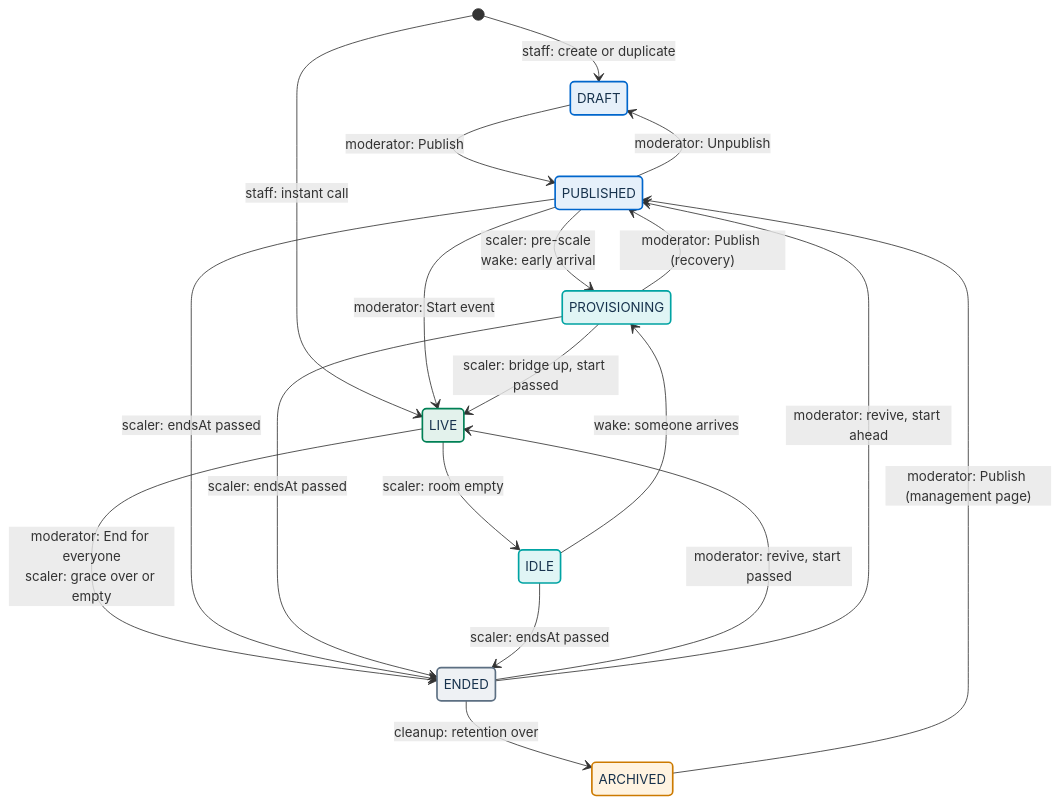
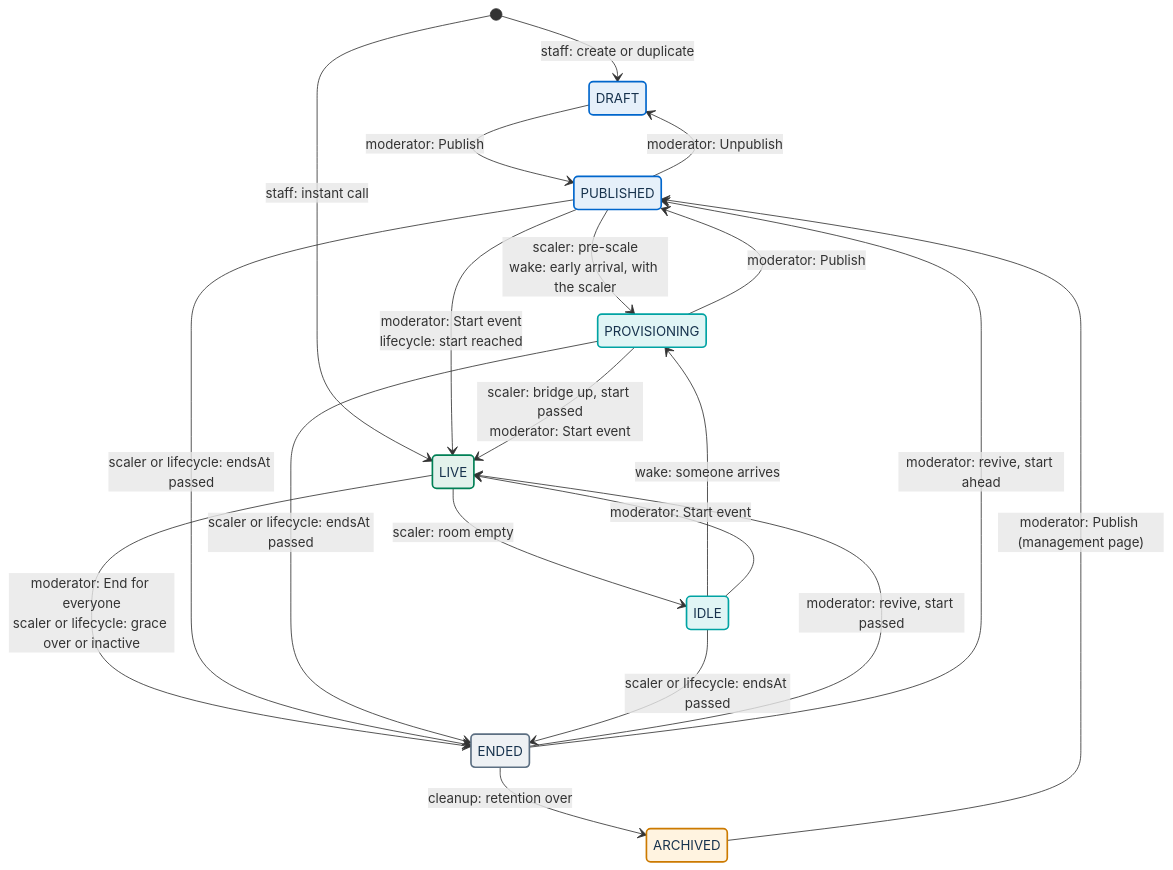
One commit to italia/pa-webinar changed the first of 4 diagrams in docs/architecture/event-lifecycle.md. Above: the diagram before and after it, drawn with Mermaid. The commit also changed other lines of this file and 45 other files, not shown here.

````diff
--- a/docs/architecture/event-lifecycle.md
+++ b/docs/architecture/event-lifecycle.md
@@ -66,33 +72,34 @@
 ```mermaid
 stateDiagram-v2
   classDef human fill:#E6F0FA,stroke:#0066CC,stroke-width:2px,color:#17324D
   classDef auto fill:#E0F5F5,stroke:#00A3A3,stroke-width:2px,color:#17324D
   classDef live fill:#E3F2EC,stroke:#008055,stroke-width:2px,color:#17324D
   classDef terminal fill:#EEF1F4,stroke:#5C6F82,stroke-width:2px,color:#17324D
   classDef cron fill:#FFF3E0,stroke:#CC7A00,stroke-width:2px,color:#17324D
 
   [*] --> DRAFT : staff: create or duplicate
   [*] --> LIVE : staff: instant call
   DRAFT --> PUBLISHED : moderator: Publish
   PUBLISHED --> DRAFT : moderator: Unpublish
-  PUBLISHED --> PROVISIONING : scaler: pre-scale<br/>wake: early arrival
-  PROVISIONING --> PUBLISHED : moderator: Publish (recovery)
-  PUBLISHED --> LIVE : moderator: Start event
-  PROVISIONING --> LIVE : scaler: bridge up, start passed
+  PUBLISHED --> PROVISIONING : scaler: pre-scale<br/>wake: early arrival, with the scaler
+  PROVISIONING --> PUBLISHED : moderator: Publish
+  PUBLISHED --> LIVE : moderator: Start event<br/>lifecycle: start reached
+  PROVISIONING --> LIVE : scaler: bridge up, start passed<br/>moderator: Start event
   LIVE --> IDLE : scaler: room empty
   IDLE --> PROVISIONING : wake: someone arrives
-  LIVE --> ENDED : moderator: End for everyone<br/>scaler: grace over or empty
-  PUBLISHED --> ENDED : scaler: endsAt passed
-  PROVISIONING --> ENDED : scaler: endsAt passed
-  IDLE --> ENDED : scaler: endsAt passed
+  IDLE --> LIVE : moderator: Start event
+  LIVE --> ENDED : moderator: End for everyone<br/>scaler or lifecycle: grace over or inactive
+  PUBLISHED --> ENDED : scaler or lifecycle: endsAt passed
+  PROVISIONING --> ENDED : scaler or lifecycle: endsAt passed
+  IDLE --> ENDED : scaler or lifecycle: endsAt passed
   ENDED --> LIVE : moderator: revive, start passed
   ENDED --> PUBLISHED : moderator: revive, start ahead
   ENDED --> ARCHIVED : cleanup: retention over
   ARCHIVED --> PUBLISHED : moderator: Publish (management page)
 
   class DRAFT,PUBLISHED human
   class PROVISIONING,IDLE auto
   class LIVE live
   class ENDED terminal
   class ARCHIVED cron
 ```
````
